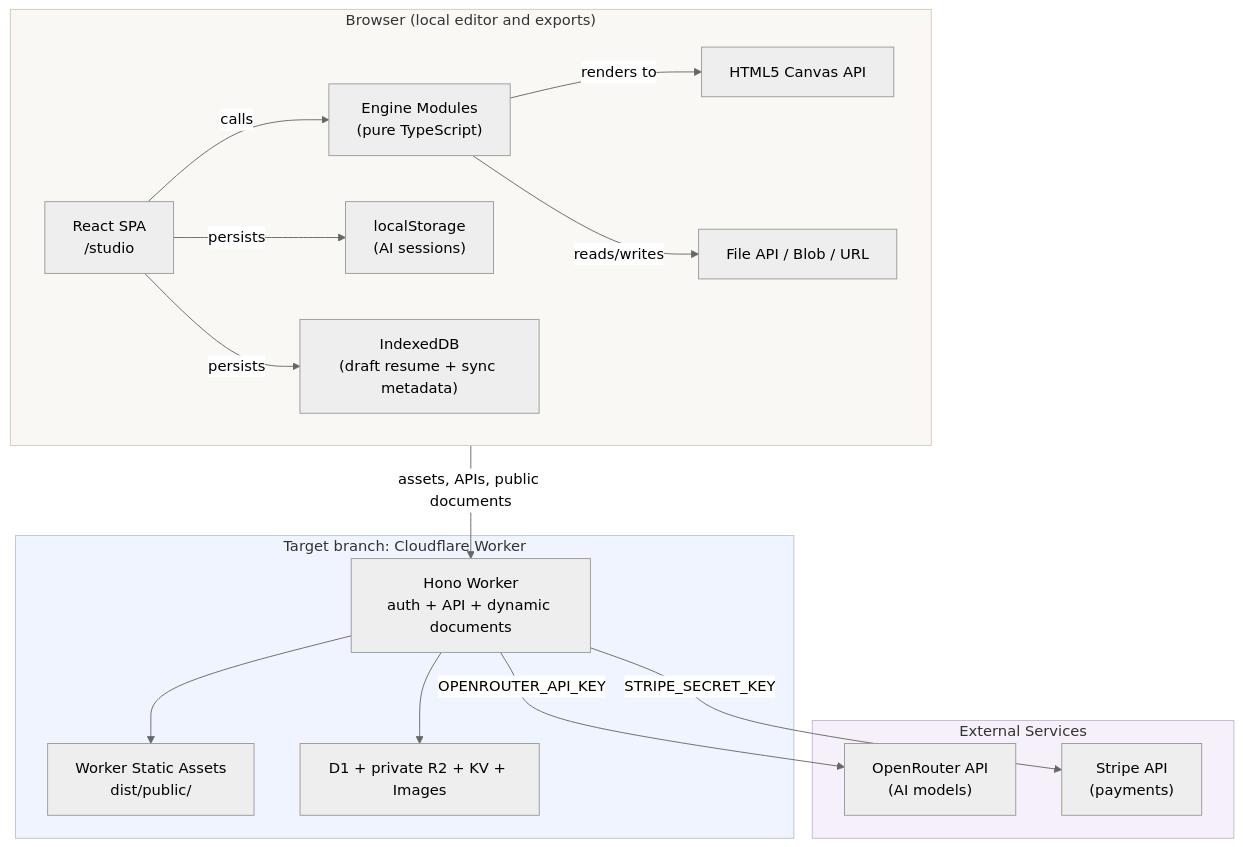
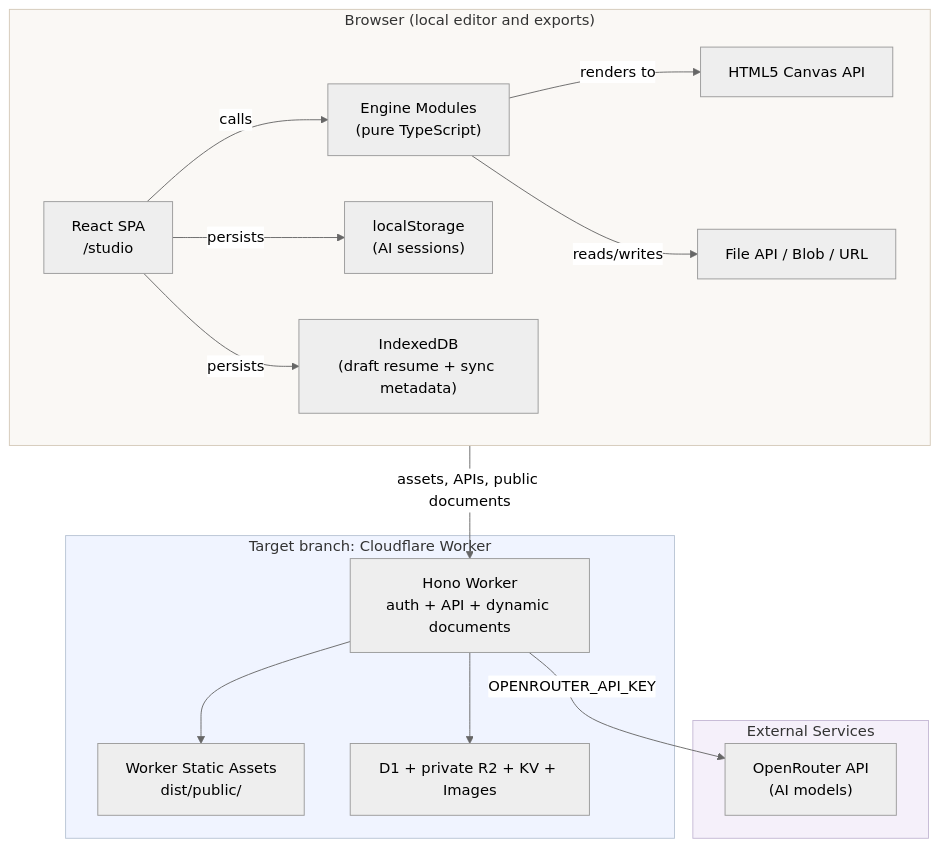
The first of 12 diagrams in living-the-grid-studio/docs/architecture.md (RazonIn4K/Mii-pixelart), drawn with Mermaid (neutral theme) before and after one commit. The commit also changed other lines of this file and 66 other files, not shown here.

````diff
--- a/living-the-grid-studio/docs/architecture.md
+++ b/living-the-grid-studio/docs/architecture.md
@@ -94,38 +93,36 @@
 ```mermaid
 graph TB
     subgraph Browser["Browser (local editor and exports)"]
         SPA["React SPA<br/>/studio"]
         Engine["Engine Modules<br/>(pure TypeScript)"]
         Canvas["HTML5 Canvas API"]
         FileAPI["File API / Blob / URL"]
         LS["localStorage<br/>(AI sessions)"]
         IDB["IndexedDB<br/>(draft resume + sync metadata)"]
 
         SPA -->|"calls"| Engine
         Engine -->|"renders to"| Canvas
         Engine -->|"reads/writes"| FileAPI
         SPA -->|"persists"| LS
         SPA -->|"persists"| IDB
     end
 
     subgraph Edge["Target branch: Cloudflare Worker"]
         Worker["Hono Worker<br/>auth + API + dynamic documents"]
         Static["Worker Static Assets<br/>dist/public/"]
         Data["D1 + private R2 + KV + Images"]
         Worker --> Static
         Worker --> Data
     end
 
     subgraph External["External Services"]
         OR["OpenRouter API<br/>(AI models)"]
-        Stripe["Stripe API<br/>(payments)"]
     end
 
     Browser -->|"assets, APIs, public documents"| Worker
     Worker -->|"OPENROUTER_API_KEY"| OR
-    Worker -->|"STRIPE_SECRET_KEY"| Stripe
 
     style Browser fill:#faf8f5,stroke:#d4c9b8
     style Edge fill:#f0f4ff,stroke:#b8c4d4
     style External fill:#f5f0fa,stroke:#c4b8d4
 ```
````
